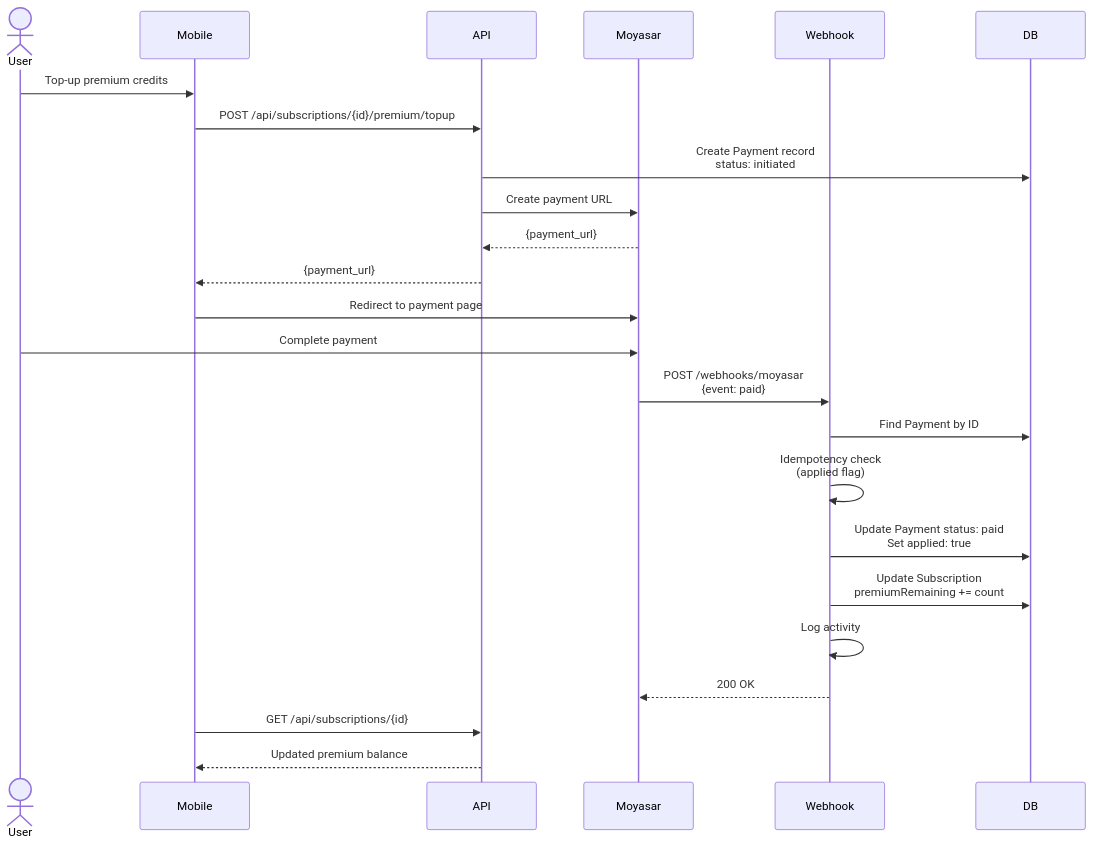
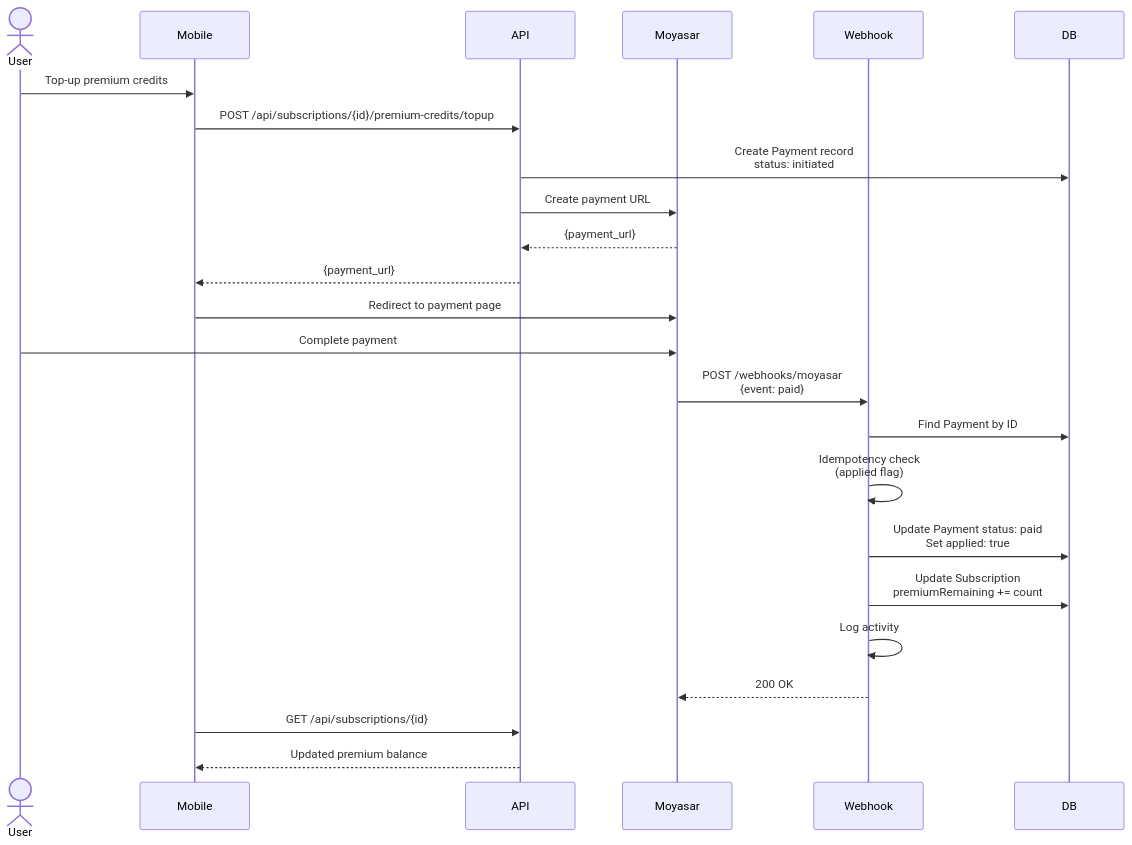
Before and after one commit to IbrahimMohamed101/basicdiet145: the seventh of 13 diagrams in Doc/ARCHITECTURE.md, drawn with Mermaid. The commit also changed other lines of this file and 188 other files, not shown here.

````diff
--- a/Doc/ARCHITECTURE.md
+++ b/Doc/ARCHITECTURE.md
@@ -230,30 +230,30 @@
 ```mermaid
 sequenceDiagram
     actor User
     participant Mobile
     participant API
     participant Moyasar
     participant Webhook
     participant DB
 
     User->>Mobile: Top-up premium credits
-    Mobile->>API: POST /api/subscriptions/{id}/premium/topup
+    Mobile->>API: POST /api/subscriptions/{id}/premium-credits/topup
     API->>DB: Create Payment record<br/>status: initiated
     API->>Moyasar: Create payment URL
     Moyasar-->>API: {payment_url}
     API-->>Mobile: {payment_url}
     
     Mobile->>Moyasar: Redirect to payment page
     User->>Moyasar: Complete payment
     
     Moyasar->>Webhook: POST /webhooks/moyasar<br/>{event: paid}
     Webhook->>DB: Find Payment by ID
     Webhook->>Webhook: Idempotency check<br/>(applied flag)
     Webhook->>DB: Update Payment status: paid<br/>Set applied: true
     Webhook->>DB: Update Subscription<br/>premiumRemaining += count
     Webhook->>Webhook: Log activity
     Webhook-->>Moyasar: 200 OK
     
     Mobile->>API: GET /api/subscriptions/{id}
     API-->>Mobile: Updated premium balance
 ```
````
